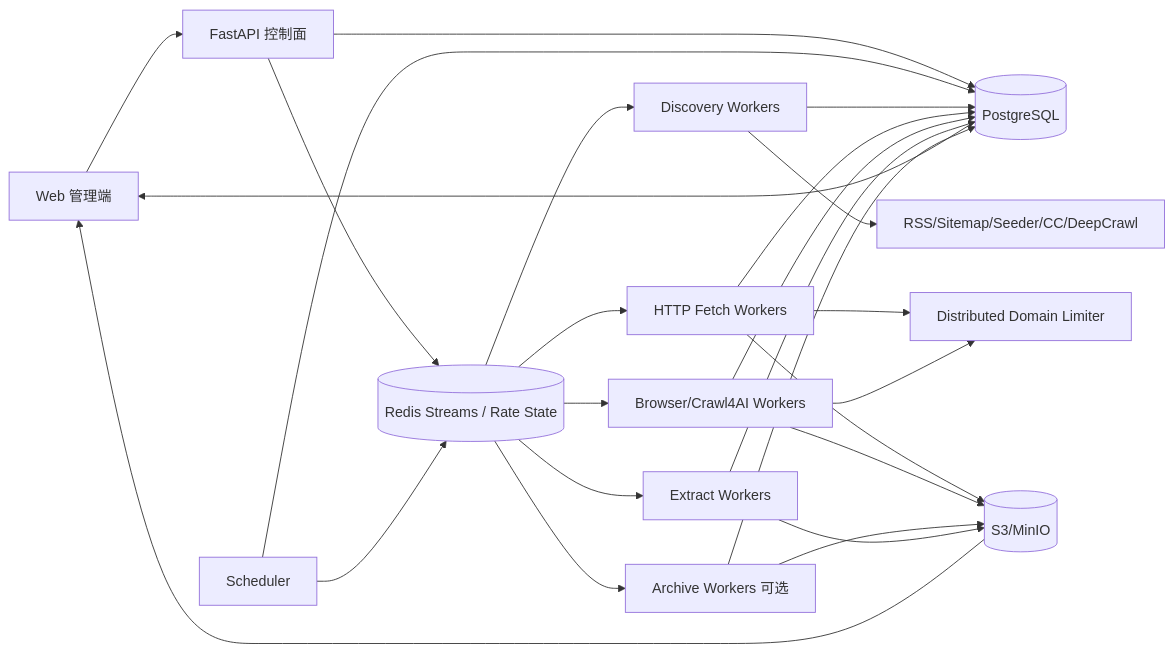
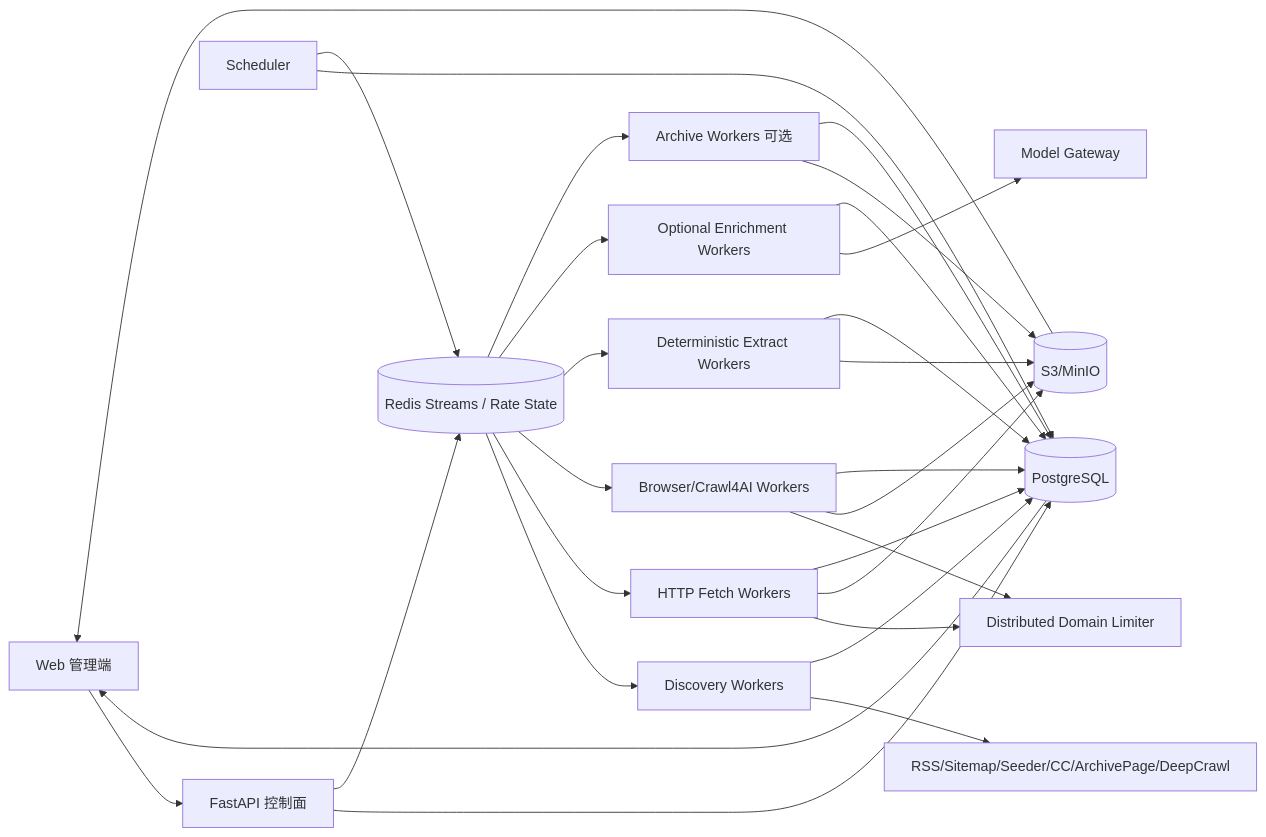
Before and after one commit to WorkerXu/my-doc: the diagram in 博客知识库技术方案.md, drawn with Mermaid. The commit also changed other lines of this file, not shown here.

````diff
--- a/博客知识库技术方案.md
+++ b/博客知识库技术方案.md
@@ -49,33 +49,36 @@
 ```mermaid
 flowchart LR
     UI[Web 管理端] --> API[FastAPI 控制面]
     API --> PG[(PostgreSQL)]
     API --> REDIS[(Redis Streams / Rate State)]
 
     SCHED[Scheduler] --> PG
     SCHED --> REDIS
 
     REDIS --> DISC[Discovery Workers]
     REDIS --> HF[HTTP Fetch Workers]
     REDIS --> BF[Browser/Crawl4AI Workers]
-    REDIS --> EX[Extract Workers]
+    REDIS --> EX[Deterministic Extract Workers]
+    REDIS --> EN[Optional Enrichment Workers]
     REDIS --> ARCH[Archive Workers 可选]
 
-    DISC --> PROVIDERS[RSS/Sitemap/Seeder/CC/DeepCrawl]
+    DISC --> PROVIDERS[RSS/Sitemap/Seeder/CC/ArchivePage/DeepCrawl]
     DISC --> PG
 
     HF --> LIMIT[Distributed Domain Limiter]
     BF --> LIMIT
     HF --> S3[(S3/MinIO)]
     BF --> S3
     ARCH --> S3
     EX --> S3
+    EN --> LLMGW[Model Gateway]
 
     HF --> PG
     BF --> PG
     EX --> PG
+    EN --> PG
     ARCH --> PG
 
     PG --> UI
     S3 --> UI
 ```
````
